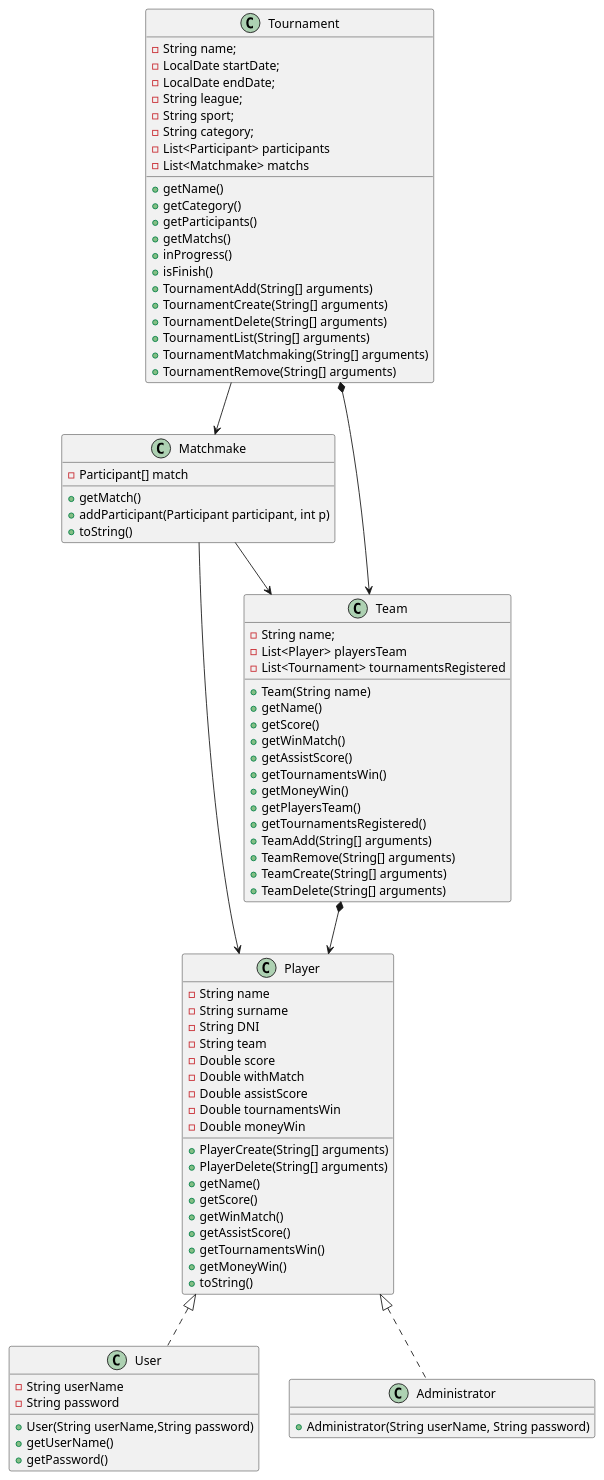
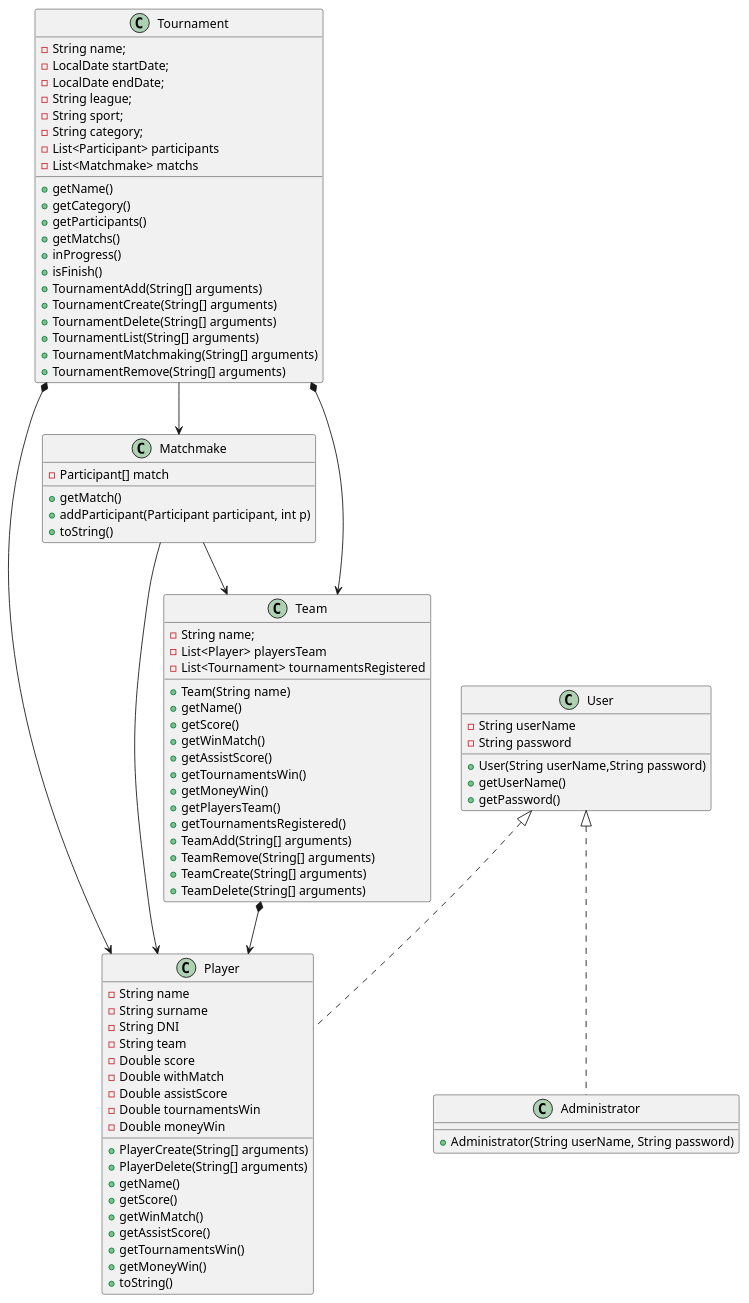
Before and after one commit to CarrotAsh/SportsManagement: the diagram in src/Class Diagram.puml, drawn with PlantUML.

```diff
--- a/src/Class Diagram.puml
+++ b/src/Class Diagram.puml
@@ -1,93 +1,95 @@
 @startuml
 
 class Tournament{
     - String name;
     - LocalDate startDate;
     - LocalDate endDate;
     - String league;
     - String sport;
     - String category;
     - List<Participant> participants
     - List<Matchmake> matchs
     + getName()
     + getCategory()
     + getParticipants()
     + getMatchs()
     + inProgress()
     + isFinish()
     + TournamentAdd(String[] arguments)
     + TournamentCreate(String[] arguments)
     + TournamentDelete(String[] arguments)
     + TournamentList(String[] arguments)
     + TournamentMatchmaking(String[] arguments)
     + TournamentRemove(String[] arguments)
 }
 
 class Player{
    - String name
    - String surname
    - String DNI
    - String team
    - Double score
    - Double withMatch
    - Double assistScore
    - Double tournamentsWin
    - Double moneyWin
    + PlayerCreate(String[] arguments)
    + PlayerDelete(String[] arguments)
    + getName()
    + getScore()
    + getWinMatch()
    + getAssistScore()
    + getTournamentsWin()
    + getMoneyWin()
    + toString()
 }
 
 class Matchmake{
     - Participant[] match
     + getMatch()
     + addParticipant(Participant participant, int p)
     + toString()
 }
 
 class Team{
     - String name;
     - List<Player> playersTeam
     - List<Tournament> tournamentsRegistered
     + Team(String name)
     + getName()
     + getScore()
     + getWinMatch()
     + getAssistScore()
     + getTournamentsWin()
     + getMoneyWin()
     + getPlayersTeam()
     + getTournamentsRegistered()
     + TeamAdd(String[] arguments)
     + TeamRemove(String[] arguments)
     + TeamCreate(String[] arguments)
     + TeamDelete(String[] arguments)
 }
 
 class User{
     - String userName
     - String password
     + User(String userName,String password)
     + getUserName()
     + getPassword()
 }
 
 class Administrator{
     + Administrator(String userName, String password)
 
 }
 
+
 Tournament *-down-> Team
+Tournament *-down-> Player
 Team *-down-> Player
 Tournament -down-> Matchmake
 Matchmake -down-> Team
 Matchmake -down-> Player
-Player <|.down. Administrator
-Player <|.down. User
+User <|.down. Administrator
+User <|.down. Player
 @enduml
```
